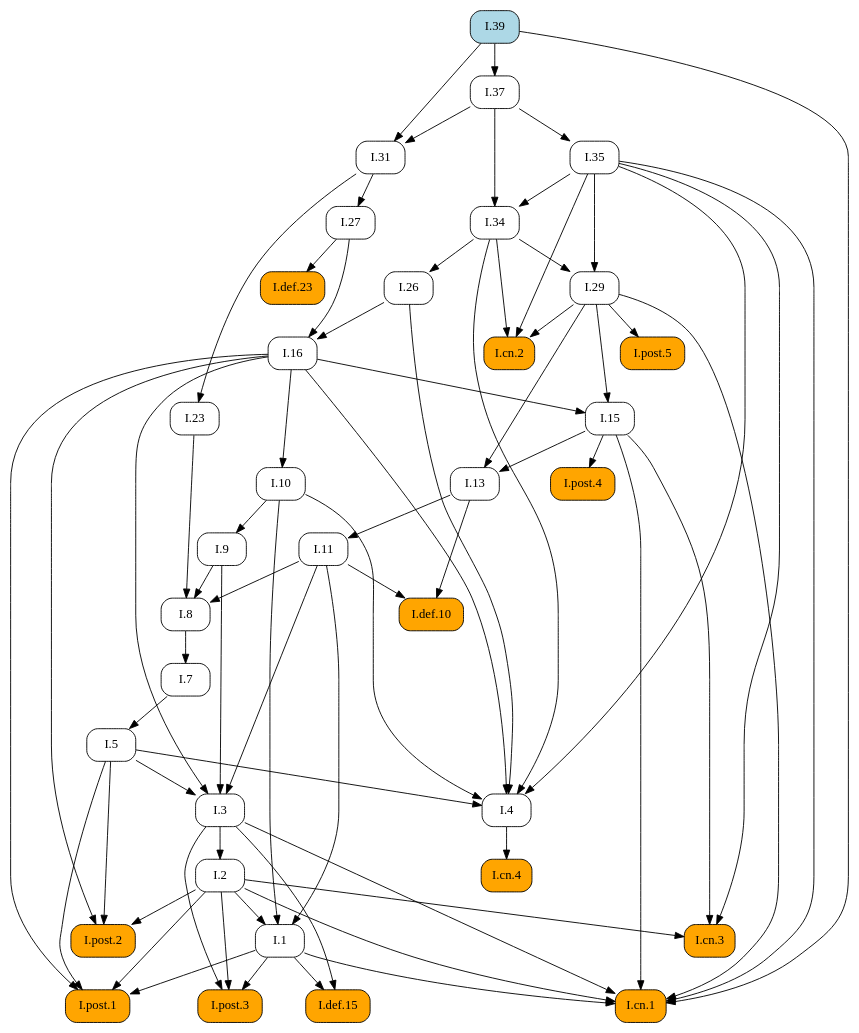
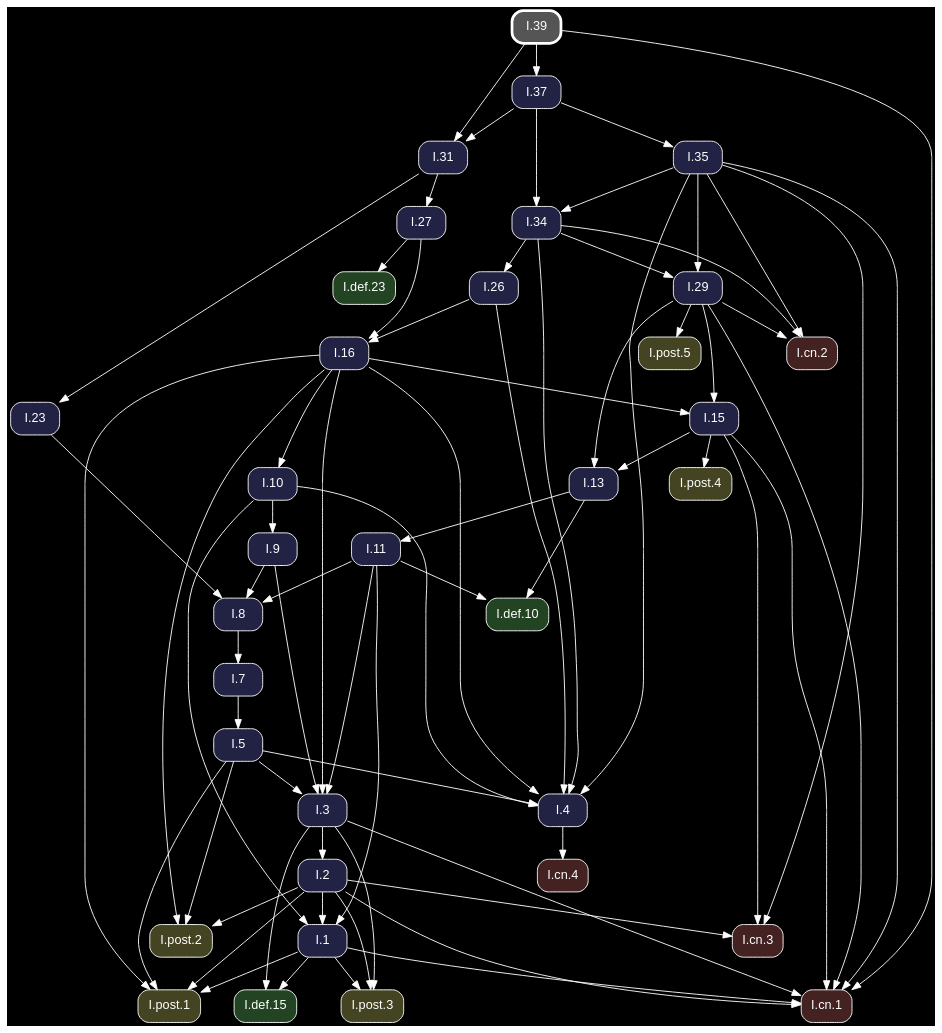
One commit to geometor/elements changed the diagram in docsrc/heath/I/39/index.rst. Above: the diagram before and after it, drawn with Graphviz. The commit also changed other lines of this file and 1200 other files, not shown here.

Commit message:
update dependency graphs

```diff
--- a/docsrc/heath/I/39/index.rst
+++ b/docsrc/heath/I/39/index.rst
@@ -63,65 +63,50 @@
 .. graphviz::
 
    digraph {
+     bgcolor="black";
+     node [shape=box, style="rounded,filled", fontname="Helvetica", color="white", fontcolor="white"];
+     edge [color="white", fontcolor="white"];
      rankdir="TB";
-     node [shape=box, style=rounded];
-     "I.23" [URL="/heath/I/23/", target="_top"];
-     "I.9" [URL="/heath/I/9/", target="_top"];
-     "I.def.15" [style="rounded,filled", fillcolor=orange, URL="/heath/I/def.15/", target="_top"];
-     "I.post.3" [style="rounded,filled", fillcolor=orange, URL="/heath/I/post.3/", target="_top"];
-     "I.post.1" [style="rounded,filled", fillcolor=orange, URL="/heath/I/post.1/", target="_top"];
-     "I.31" [URL="/heath/I/31/", target="_top"];
-     "I.def.10" [style="rounded,filled", fillcolor=orange, URL="/heath/I/def.10/", target="_top"];
-     "I.27" [URL="/heath/I/27/", target="_top"];
-     "I.39" [style="rounded,filled", fillcolor=lightblue, URL="/heath/I/39/", target="_top"];
-     "I.34" [URL="/heath/I/34/", target="_top"];
-     "I.3" [URL="/heath/I/3/", target="_top"];
-     "I.35" [URL="/heath/I/35/", target="_top"];
-     "I.cn.1" [style="rounded,filled", fillcolor=orange, URL="/heath/I/cn.1/", target="_top"];
-     "I.7" [URL="/heath/I/7/", target="_top"];
-     "I.2" [URL="/heath/I/2/", target="_top"];
-     "I.13" [URL="/heath/I/13/", target="_top"];
-     "I.post.4" [style="rounded,filled", fillcolor=orange, URL="/heath/I/post.4/", target="_top"];
-     "I.4" [URL="/heath/I/4/", target="_top"];
-     "I.1" [URL="/heath/I/1/", target="_top"];
-     "I.5" [URL="/heath/I/5/", target="_top"];
-     "I.8" [URL="/heath/I/8/", target="_top"];
-     "I.37" [URL="/heath/I/37/", target="_top"];
-     "I.cn.3" [style="rounded,filled", fillcolor=orange, URL="/heath/I/cn.3/", target="_top"];
-     "I.29" [URL="/heath/I/29/", target="_top"];
-     "I.16" [URL="/heath/I/16/", target="_top"];
-     "I.15" [URL="/heath/I/15/", target="_top"];
-     "I.10" [URL="/heath/I/10/", target="_top"];
-     "I.11" [URL="/heath/I/11/", target="_top"];
-     "I.def.23" [style="rounded,filled", fillcolor=orange, URL="/heath/I/def.23/", target="_top"];
-     "I.cn.2" [style="rounded,filled", fillcolor=orange, URL="/heath/I/cn.2/", target="_top"];
-     "I.post.5" [style="rounded,filled", fillcolor=orange, URL="/heath/I/post.5/", target="_top"];
-     "I.cn.4" [style="rounded,filled", fillcolor=orange, URL="/heath/I/cn.4/", target="_top"];
-     "I.post.2" [style="rounded,filled", fillcolor=orange, URL="/heath/I/post.2/", target="_top"];
-     "I.26" [URL="/heath/I/26/", target="_top"];
-     "I.31" -> "I.23";
-     "I.10" -> "I.9";
-     "I.1" -> "I.def.15";
-     "I.3" -> "I.def.15";
-     "I.1" -> "I.post.3";
-     "I.2" -> "I.post.3";
-     "I.3" -> "I.post.3";
-     "I.1" -> "I.post.1";
-     "I.2" -> "I.post.1";
-     "I.5" -> "I.post.1";
-     "I.16" -> "I.post.1";
+     "I.31" [fillcolor="#222244", URL="/heath/I/31/", target="_top"];
+     "I.3" [fillcolor="#222244", URL="/heath/I/3/", target="_top"];
+     "I.cn.1" [fillcolor="#442222", URL="/heath/I/cn.1/", target="_top"];
+     "I.def.10" [fillcolor="#224422", URL="/heath/I/def.10/", target="_top"];
+     "I.15" [fillcolor="#222244", URL="/heath/I/15/", target="_top"];
+     "I.39" [penwidth=3, color="white", fillcolor="#555555", URL="/heath/I/39/", target="_top"];
+     "I.13" [fillcolor="#222244", URL="/heath/I/13/", target="_top"];
+     "I.27" [fillcolor="#222244", URL="/heath/I/27/", target="_top"];
+     "I.2" [fillcolor="#222244", URL="/heath/I/2/", target="_top"];
+     "I.cn.2" [fillcolor="#442222", URL="/heath/I/cn.2/", target="_top"];
+     "I.9" [fillcolor="#222244", URL="/heath/I/9/", target="_top"];
+     "I.1" [fillcolor="#222244", URL="/heath/I/1/", target="_top"];
+     "I.post.5" [fillcolor="#444422", URL="/heath/I/post.5/", target="_top"];
+     "I.post.4" [fillcolor="#444422", URL="/heath/I/post.4/", target="_top"];
+     "I.23" [fillcolor="#222244", URL="/heath/I/23/", target="_top"];
+     "I.26" [fillcolor="#222244", URL="/heath/I/26/", target="_top"];
+     "I.8" [fillcolor="#222244", URL="/heath/I/8/", target="_top"];
+     "I.4" [fillcolor="#222244", URL="/heath/I/4/", target="_top"];
+     "I.7" [fillcolor="#222244", URL="/heath/I/7/", target="_top"];
+     "I.5" [fillcolor="#222244", URL="/heath/I/5/", target="_top"];
+     "I.10" [fillcolor="#222244", URL="/heath/I/10/", target="_top"];
+     "I.post.1" [fillcolor="#444422", URL="/heath/I/post.1/", target="_top"];
+     "I.11" [fillcolor="#222244", URL="/heath/I/11/", target="_top"];
+     "I.37" [fillcolor="#222244", URL="/heath/I/37/", target="_top"];
+     "I.16" [fillcolor="#222244", URL="/heath/I/16/", target="_top"];
+     "I.cn.3" [fillcolor="#442222", URL="/heath/I/cn.3/", target="_top"];
+     "I.29" [fillcolor="#222244", URL="/heath/I/29/", target="_top"];
+     "I.post.2" [fillcolor="#444422", URL="/heath/I/post.2/", target="_top"];
+     "I.cn.4" [fillcolor="#442222", URL="/heath/I/cn.4/", target="_top"];
+     "I.def.23" [fillcolor="#224422", URL="/heath/I/def.23/", target="_top"];
+     "I.35" [fillcolor="#222244", URL="/heath/I/35/", target="_top"];
+     "I.post.3" [fillcolor="#444422", URL="/heath/I/post.3/", target="_top"];
+     "I.34" [fillcolor="#222244", URL="/heath/I/34/", target="_top"];
+     "I.def.15" [fillcolor="#224422", URL="/heath/I/def.15/", target="_top"];
      "I.37" -> "I.31";
      "I.39" -> "I.31";
-     "I.11" -> "I.def.10";
-     "I.13" -> "I.def.10";
-     "I.31" -> "I.27";
-     "I.35" -> "I.34";
-     "I.37" -> "I.34";
      "I.5" -> "I.3";
      "I.9" -> "I.3";
      "I.11" -> "I.3";
      "I.16" -> "I.3";
-     "I.37" -> "I.35";
      "I.1" -> "I.cn.1";
      "I.2" -> "I.cn.1";
      "I.3" -> "I.cn.1";
@@ -129,44 +114,61 @@
      "I.29" -> "I.cn.1";
      "I.35" -> "I.cn.1";
      "I.39" -> "I.cn.1";
-     "I.8" -> "I.7";
-     "I.3" -> "I.2";
+     "I.11" -> "I.def.10";
+     "I.13" -> "I.def.10";
+     "I.16" -> "I.15";
+     "I.29" -> "I.15";
      "I.15" -> "I.13";
      "I.29" -> "I.13";
+     "I.31" -> "I.27";
+     "I.3" -> "I.2";
+     "I.29" -> "I.cn.2";
+     "I.34" -> "I.cn.2";
+     "I.35" -> "I.cn.2";
+     "I.10" -> "I.9";
+     "I.2" -> "I.1";
+     "I.10" -> "I.1";
+     "I.11" -> "I.1";
+     "I.29" -> "I.post.5";
      "I.15" -> "I.post.4";
+     "I.31" -> "I.23";
+     "I.34" -> "I.26";
+     "I.9" -> "I.8";
+     "I.11" -> "I.8";
+     "I.23" -> "I.8";
      "I.5" -> "I.4";
      "I.10" -> "I.4";
      "I.16" -> "I.4";
      "I.26" -> "I.4";
      "I.34" -> "I.4";
      "I.35" -> "I.4";
-     "I.2" -> "I.1";
-     "I.10" -> "I.1";
-     "I.11" -> "I.1";
+     "I.8" -> "I.7";
      "I.7" -> "I.5";
-     "I.9" -> "I.8";
-     "I.11" -> "I.8";
-     "I.23" -> "I.8";
+     "I.16" -> "I.10";
+     "I.1" -> "I.post.1";
+     "I.2" -> "I.post.1";
+     "I.5" -> "I.post.1";
+     "I.16" -> "I.post.1";
+     "I.13" -> "I.11";
      "I.39" -> "I.37";
+     "I.26" -> "I.16";
+     "I.27" -> "I.16";
      "I.2" -> "I.cn.3";
      "I.15" -> "I.cn.3";
      "I.35" -> "I.cn.3";
      "I.34" -> "I.29";
      "I.35" -> "I.29";
-     "I.26" -> "I.16";
-     "I.27" -> "I.16";
-     "I.16" -> "I.15";
-     "I.29" -> "I.15";
-     "I.16" -> "I.10";
-     "I.13" -> "I.11";
-     "I.27" -> "I.def.23";
-     "I.29" -> "I.cn.2";
-     "I.34" -> "I.cn.2";
-     "I.35" -> "I.cn.2";
-     "I.29" -> "I.post.5";
-     "I.4" -> "I.cn.4";
      "I.2" -> "I.post.2";
      "I.5" -> "I.post.2";
      "I.16" -> "I.post.2";
-     "I.34" -> "I.26";
+     "I.4" -> "I.cn.4";
+     "I.27" -> "I.def.23";
+     "I.37" -> "I.35";
+     "I.1" -> "I.post.3";
+     "I.2" -> "I.post.3";
+     "I.3" -> "I.post.3";
+     "I.35" -> "I.34";
+     "I.37" -> "I.34";
+     "I.1" -> "I.def.15";
+     "I.3" -> "I.def.15";
    }
```
